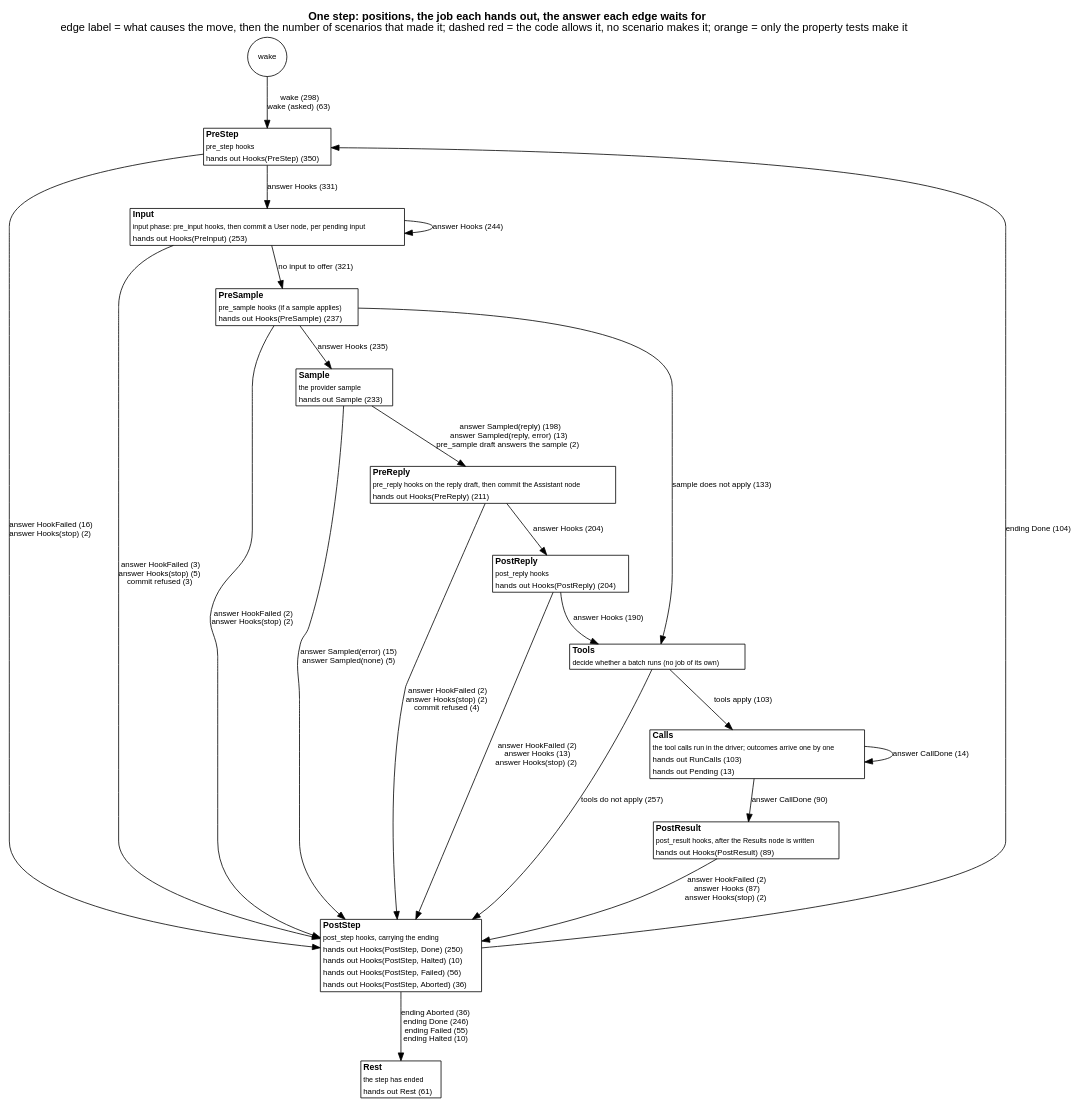
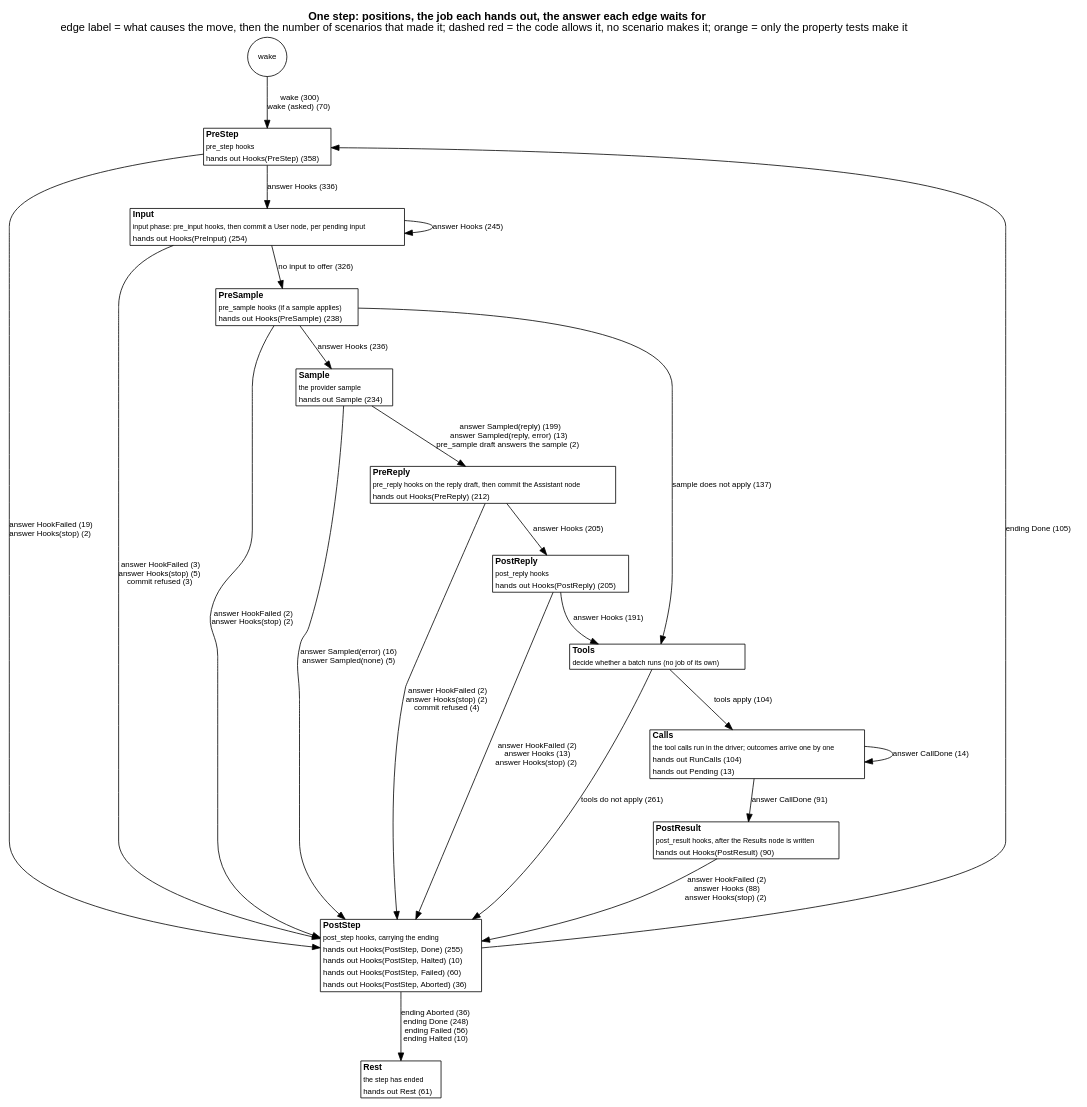
The diagram in docs/as-built/diagrams/step-positions.dot (jmccardle/tau), drawn with Graphviz before and after one commit. The commit also changed 24 other files, not shown here.

```diff
--- a/docs/as-built/diagrams/step-positions.dot
+++ b/docs/as-built/diagrams/step-positions.dot
@@ -1,40 +1,40 @@
 // Generated by scripts/diagrams.sh from the test suites' transitions. Do not edit.
 digraph step_positions {
   graph [rankdir=TB, fontname="Helvetica", nodesep=0.5, ranksep=0.6, labelloc=t, label=<<b>One step: positions, the job each hands out, the answer each edge waits for</b><br/>edge label = what causes the move, then the number of scenarios that made it; dashed red = the code allows it, no scenario makes it; orange = only the property tests make it>];
   node [shape=plain, fontname="Helvetica", fontsize=11];
   edge [fontname="Helvetica", fontsize=10];
   "(wake)" [shape=circle, label="wake", fontsize=10];
-  "PreStep" [label=<<table border="1" cellborder="0" cellspacing="0" bgcolor="white"><tr><td align="left"><b>PreStep</b></td></tr><tr><td align="left"><font point-size="9">pre_step hooks</font></td></tr><tr><td align="left"><font color="black" point-size="10">hands out Hooks(PreStep) (350)</font></td></tr></table>>];
-  "Input" [label=<<table border="1" cellborder="0" cellspacing="0" bgcolor="white"><tr><td align="left"><b>Input</b></td></tr><tr><td align="left"><font point-size="9">input phase: pre_input hooks, then commit a User node, per pending input</font></td></tr><tr><td align="left"><font color="black" point-size="10">hands out Hooks(PreInput) (253)</font></td></tr></table>>];
-  "PreSample" [label=<<table border="1" cellborder="0" cellspacing="0" bgcolor="white"><tr><td align="left"><b>PreSample</b></td></tr><tr><td align="left"><font point-size="9">pre_sample hooks (if a sample applies)</font></td></tr><tr><td align="left"><font color="black" point-size="10">hands out Hooks(PreSample) (237)</font></td></tr></table>>];
-  "Sample" [label=<<table border="1" cellborder="0" cellspacing="0" bgcolor="white"><tr><td align="left"><b>Sample</b></td></tr><tr><td align="left"><font point-size="9">the provider sample</font></td></tr><tr><td align="left"><font color="black" point-size="10">hands out Sample (233)</font></td></tr></table>>];
-  "PreReply" [label=<<table border="1" cellborder="0" cellspacing="0" bgcolor="white"><tr><td align="left"><b>PreReply</b></td></tr><tr><td align="left"><font point-size="9">pre_reply hooks on the reply draft, then commit the Assistant node</font></td></tr><tr><td align="left"><font color="black" point-size="10">hands out Hooks(PreReply) (211)</font></td></tr></table>>];
-  "PostReply" [label=<<table border="1" cellborder="0" cellspacing="0" bgcolor="white"><tr><td align="left"><b>PostReply</b></td></tr><tr><td align="left"><font point-size="9">post_reply hooks</font></td></tr><tr><td align="left"><font color="black" point-size="10">hands out Hooks(PostReply) (204)</font></td></tr></table>>];
+  "PreStep" [label=<<table border="1" cellborder="0" cellspacing="0" bgcolor="white"><tr><td align="left"><b>PreStep</b></td></tr><tr><td align="left"><font point-size="9">pre_step hooks</font></td></tr><tr><td align="left"><font color="black" point-size="10">hands out Hooks(PreStep) (358)</font></td></tr></table>>];
+  "Input" [label=<<table border="1" cellborder="0" cellspacing="0" bgcolor="white"><tr><td align="left"><b>Input</b></td></tr><tr><td align="left"><font point-size="9">input phase: pre_input hooks, then commit a User node, per pending input</font></td></tr><tr><td align="left"><font color="black" point-size="10">hands out Hooks(PreInput) (254)</font></td></tr></table>>];
+  "PreSample" [label=<<table border="1" cellborder="0" cellspacing="0" bgcolor="white"><tr><td align="left"><b>PreSample</b></td></tr><tr><td align="left"><font point-size="9">pre_sample hooks (if a sample applies)</font></td></tr><tr><td align="left"><font color="black" point-size="10">hands out Hooks(PreSample) (238)</font></td></tr></table>>];
+  "Sample" [label=<<table border="1" cellborder="0" cellspacing="0" bgcolor="white"><tr><td align="left"><b>Sample</b></td></tr><tr><td align="left"><font point-size="9">the provider sample</font></td></tr><tr><td align="left"><font color="black" point-size="10">hands out Sample (234)</font></td></tr></table>>];
+  "PreReply" [label=<<table border="1" cellborder="0" cellspacing="0" bgcolor="white"><tr><td align="left"><b>PreReply</b></td></tr><tr><td align="left"><font point-size="9">pre_reply hooks on the reply draft, then commit the Assistant node</font></td></tr><tr><td align="left"><font color="black" point-size="10">hands out Hooks(PreReply) (212)</font></td></tr></table>>];
+  "PostReply" [label=<<table border="1" cellborder="0" cellspacing="0" bgcolor="white"><tr><td align="left"><b>PostReply</b></td></tr><tr><td align="left"><font point-size="9">post_reply hooks</font></td></tr><tr><td align="left"><font color="black" point-size="10">hands out Hooks(PostReply) (205)</font></td></tr></table>>];
   "Tools" [label=<<table border="1" cellborder="0" cellspacing="0" bgcolor="white"><tr><td align="left"><b>Tools</b></td></tr><tr><td align="left"><font point-size="9">decide whether a batch runs (no job of its own)</font></td></tr></table>>];
-  "Calls" [label=<<table border="1" cellborder="0" cellspacing="0" bgcolor="white"><tr><td align="left"><b>Calls</b></td></tr><tr><td align="left"><font point-size="9">the tool calls run in the driver; outcomes arrive one by one</font></td></tr><tr><td align="left"><font color="black" point-size="10">hands out RunCalls (103)</font></td></tr><tr><td align="left"><font color="black" point-size="10">hands out Pending (13)</font></td></tr></table>>];
-  "PostResult" [label=<<table border="1" cellborder="0" cellspacing="0" bgcolor="white"><tr><td align="left"><b>PostResult</b></td></tr><tr><td align="left"><font point-size="9">post_result hooks, after the Results node is written</font></td></tr><tr><td align="left"><font color="black" point-size="10">hands out Hooks(PostResult) (89)</font></td></tr></table>>];
-  "PostStep" [label=<<table border="1" cellborder="0" cellspacing="0" bgcolor="white"><tr><td align="left"><b>PostStep</b></td></tr><tr><td align="left"><font point-size="9">post_step hooks, carrying the ending</font></td></tr><tr><td align="left"><font color="black" point-size="10">hands out Hooks(PostStep, Done) (250)</font></td></tr><tr><td align="left"><font color="black" point-size="10">hands out Hooks(PostStep, Halted) (10)</font></td></tr><tr><td align="left"><font color="black" point-size="10">hands out Hooks(PostStep, Failed) (56)</font></td></tr><tr><td align="left"><font color="black" point-size="10">hands out Hooks(PostStep, Aborted) (36)</font></td></tr></table>>];
+  "Calls" [label=<<table border="1" cellborder="0" cellspacing="0" bgcolor="white"><tr><td align="left"><b>Calls</b></td></tr><tr><td align="left"><font point-size="9">the tool calls run in the driver; outcomes arrive one by one</font></td></tr><tr><td align="left"><font color="black" point-size="10">hands out RunCalls (104)</font></td></tr><tr><td align="left"><font color="black" point-size="10">hands out Pending (13)</font></td></tr></table>>];
+  "PostResult" [label=<<table border="1" cellborder="0" cellspacing="0" bgcolor="white"><tr><td align="left"><b>PostResult</b></td></tr><tr><td align="left"><font point-size="9">post_result hooks, after the Results node is written</font></td></tr><tr><td align="left"><font color="black" point-size="10">hands out Hooks(PostResult) (90)</font></td></tr></table>>];
+  "PostStep" [label=<<table border="1" cellborder="0" cellspacing="0" bgcolor="white"><tr><td align="left"><b>PostStep</b></td></tr><tr><td align="left"><font point-size="9">post_step hooks, carrying the ending</font></td></tr><tr><td align="left"><font color="black" point-size="10">hands out Hooks(PostStep, Done) (255)</font></td></tr><tr><td align="left"><font color="black" point-size="10">hands out Hooks(PostStep, Halted) (10)</font></td></tr><tr><td align="left"><font color="black" point-size="10">hands out Hooks(PostStep, Failed) (60)</font></td></tr><tr><td align="left"><font color="black" point-size="10">hands out Hooks(PostStep, Aborted) (36)</font></td></tr></table>>];
   "Rest" [label=<<table border="1" cellborder="0" cellspacing="0" bgcolor="white"><tr><td align="left"><b>Rest</b></td></tr><tr><td align="left"><font point-size="9">the step has ended</font></td></tr><tr><td align="left"><font color="black" point-size="10">hands out Rest (61)</font></td></tr></table>>];
-  "(wake)" -> "PreStep" [label=<wake (298)<br/>wake (asked) (63)>, color="black", style=solid];
+  "(wake)" -> "PreStep" [label=<wake (300)<br/>wake (asked) (70)>, color="black", style=solid];
   "Calls" -> "Calls" [label=<answer CallDone (14)>, color="black", style=solid];
-  "Calls" -> "PostResult" [label=<answer CallDone (90)>, color="black", style=solid];
-  "Input" -> "Input" [label=<answer Hooks (244)>, color="black", style=solid];
+  "Calls" -> "PostResult" [label=<answer CallDone (91)>, color="black", style=solid];
+  "Input" -> "Input" [label=<answer Hooks (245)>, color="black", style=solid];
   "Input" -> "PostStep" [label=<answer HookFailed (3)<br/>answer Hooks(stop) (5)<br/>commit refused (3)>, color="black", style=solid];
-  "Input" -> "PreSample" [label=<no input to offer (321)>, color="black", style=solid];
+  "Input" -> "PreSample" [label=<no input to offer (326)>, color="black", style=solid];
   "PostReply" -> "PostStep" [label=<answer HookFailed (2)<br/>answer Hooks (13)<br/>answer Hooks(stop) (2)>, color="black", style=solid];
-  "PostReply" -> "Tools" [label=<answer Hooks (190)>, color="black", style=solid];
-  "PostResult" -> "PostStep" [label=<answer HookFailed (2)<br/>answer Hooks (87)<br/>answer Hooks(stop) (2)>, color="black", style=solid];
-  "PostStep" -> "PreStep" [label=<ending Done (104)>, color="black", style=solid];
-  "PostStep" -> "Rest" [label=<ending Aborted (36)<br/>ending Done (246)<br/>ending Failed (55)<br/>ending Halted (10)>, color="black", style=solid];
-  "PreReply" -> "PostReply" [label=<answer Hooks (204)>, color="black", style=solid];
+  "PostReply" -> "Tools" [label=<answer Hooks (191)>, color="black", style=solid];
+  "PostResult" -> "PostStep" [label=<answer HookFailed (2)<br/>answer Hooks (88)<br/>answer Hooks(stop) (2)>, color="black", style=solid];
+  "PostStep" -> "PreStep" [label=<ending Done (105)>, color="black", style=solid];
+  "PostStep" -> "Rest" [label=<ending Aborted (36)<br/>ending Done (248)<br/>ending Failed (56)<br/>ending Halted (10)>, color="black", style=solid];
+  "PreReply" -> "PostReply" [label=<answer Hooks (205)>, color="black", style=solid];
   "PreReply" -> "PostStep" [label=<answer HookFailed (2)<br/>answer Hooks(stop) (2)<br/>commit refused (4)>, color="black", style=solid];
   "PreSample" -> "PostStep" [label=<answer HookFailed (2)<br/>answer Hooks(stop) (2)>, color="black", style=solid];
-  "PreSample" -> "Sample" [label=<answer Hooks (235)>, color="black", style=solid];
-  "PreSample" -> "Tools" [label=<sample does not apply (133)>, color="black", style=solid];
-  "PreStep" -> "Input" [label=<answer Hooks (331)>, color="black", style=solid];
-  "PreStep" -> "PostStep" [label=<answer HookFailed (16)<br/>answer Hooks(stop) (2)>, color="black", style=solid];
-  "Sample" -> "PostStep" [label=<answer Sampled(error) (15)<br/>answer Sampled(none) (5)>, color="black", style=solid];
-  "Sample" -> "PreReply" [label=<answer Sampled(reply) (198)<br/>answer Sampled(reply, error) (13)<br/>pre_sample draft answers the sample (2)>, color="black", style=solid];
-  "Tools" -> "Calls" [label=<tools apply (103)>, color="black", style=solid];
-  "Tools" -> "PostStep" [label=<tools do not apply (257)>, color="black", style=solid];
+  "PreSample" -> "Sample" [label=<answer Hooks (236)>, color="black", style=solid];
+  "PreSample" -> "Tools" [label=<sample does not apply (137)>, color="black", style=solid];
+  "PreStep" -> "Input" [label=<answer Hooks (336)>, color="black", style=solid];
+  "PreStep" -> "PostStep" [label=<answer HookFailed (19)<br/>answer Hooks(stop) (2)>, color="black", style=solid];
+  "Sample" -> "PostStep" [label=<answer Sampled(error) (16)<br/>answer Sampled(none) (5)>, color="black", style=solid];
+  "Sample" -> "PreReply" [label=<answer Sampled(reply) (199)<br/>answer Sampled(reply, error) (13)<br/>pre_sample draft answers the sample (2)>, color="black", style=solid];
+  "Tools" -> "Calls" [label=<tools apply (104)>, color="black", style=solid];
+  "Tools" -> "PostStep" [label=<tools do not apply (261)>, color="black", style=solid];
 }
```
